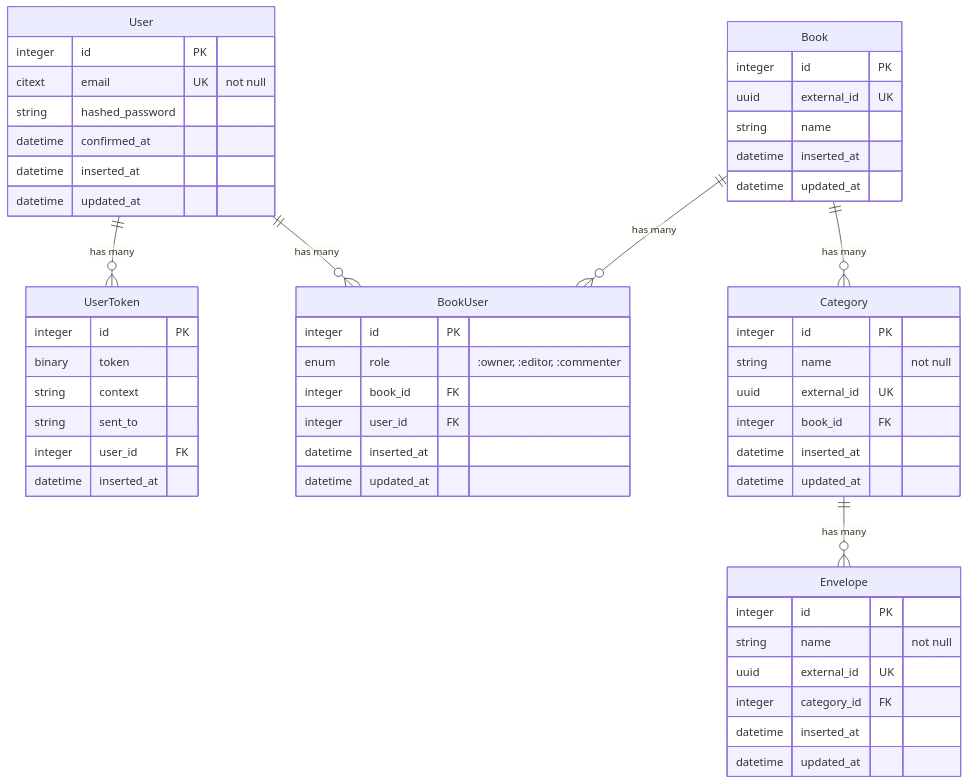
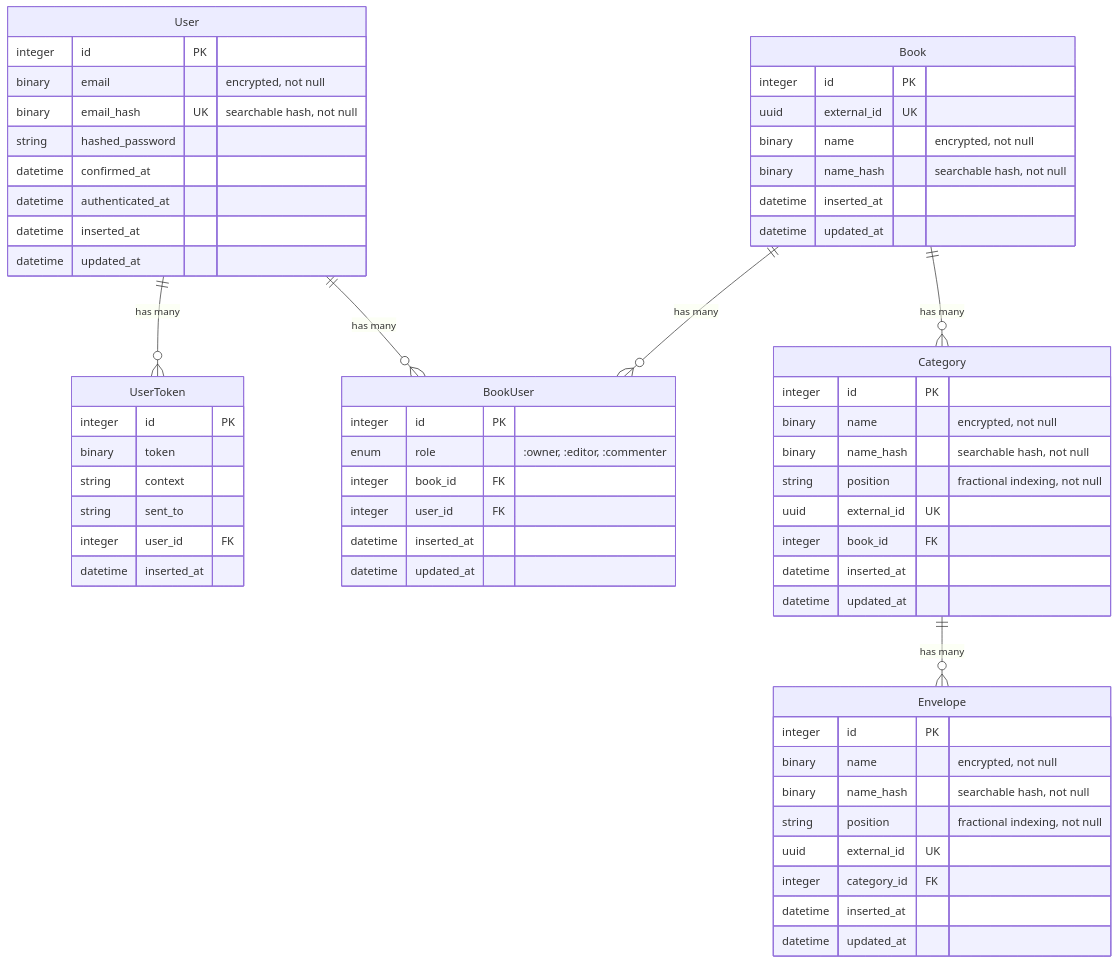
One commit to pursecraft/pursecraft changed the diagram in docs/database_schema.md. Above: the diagram before and after it, drawn with Mermaid. The commit also changed other lines of this file and 34 other files, not shown here.

````diff
--- a/docs/database_schema.md
+++ b/docs/database_schema.md
@@ -5,61 +5,68 @@
 ```mermaid
 erDiagram
     User ||--o{ UserToken : "has many"
     User ||--o{ BookUser : "has many"
     Book ||--o{ BookUser : "has many"
     Book ||--o{ Category : "has many"
     Category ||--o{ Envelope : "has many"
     
     User {
         integer id PK
-        citext email UK "not null"
+        binary email "encrypted, not null"
+        binary email_hash UK "searchable hash, not null"
         string hashed_password
         datetime confirmed_at
+        datetime authenticated_at
         datetime inserted_at
         datetime updated_at
     }
     
     UserToken {
         integer id PK
         binary token
         string context
         string sent_to
         integer user_id FK
         datetime inserted_at
     }
     
     Book {
         integer id PK
         uuid external_id UK
-        string name
+        binary name "encrypted, not null"
+        binary name_hash "searchable hash, not null"
         datetime inserted_at
         datetime updated_at
     }
     
     BookUser {
         integer id PK
         enum role ":owner, :editor, :commenter"
         integer book_id FK
         integer user_id FK
         datetime inserted_at
         datetime updated_at
     }
     
     Category {
         integer id PK
-        string name "not null"
+        binary name "encrypted, not null"
+        binary name_hash "searchable hash, not null"
+        string position "fractional indexing, not null"
         uuid external_id UK
         integer book_id FK
         datetime inserted_at
         datetime updated_at
     }
     
     Envelope {
         integer id PK
-        string name "not null"
+        binary name "encrypted, not null"
+        binary name_hash "searchable hash, not null"
+        string position "fractional indexing, not null"
         uuid external_id UK
         integer category_id FK
         datetime inserted_at
         datetime updated_at
     }
 ```
````
